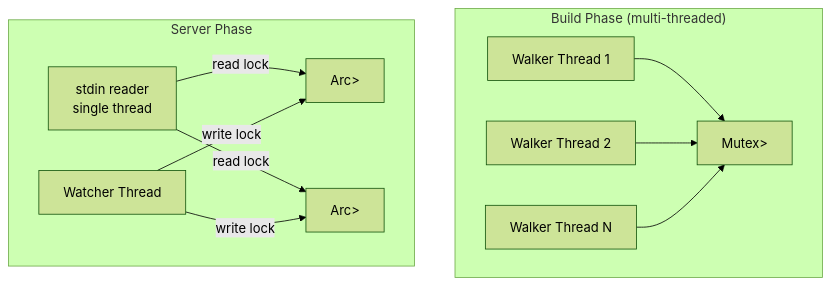
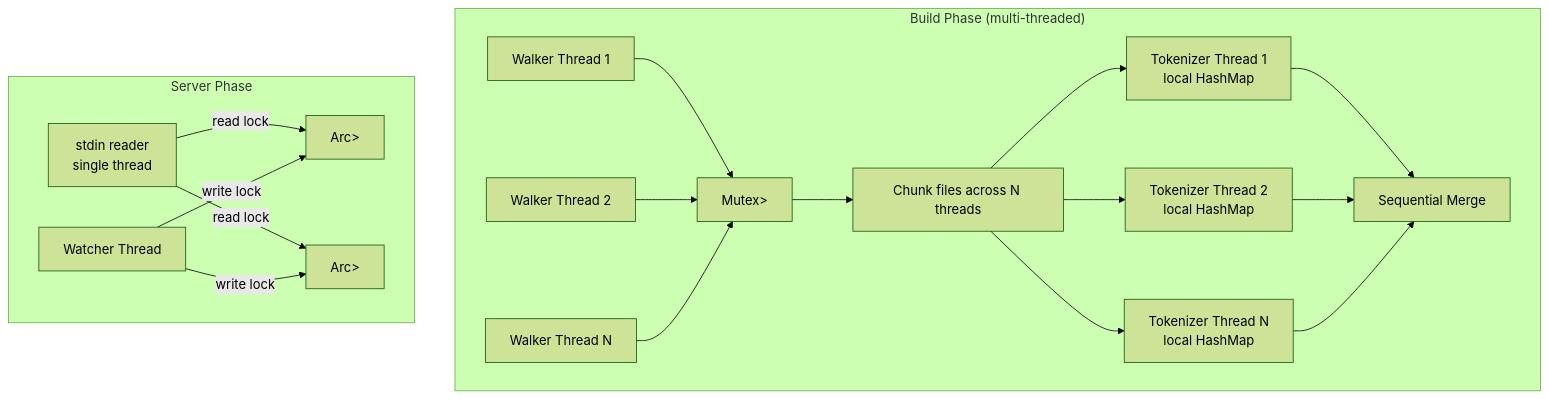
Before and after one commit to pustynsky/search-index: the first of 2 diagrams in docs/concurrency.md, drawn with Mermaid (forest theme). The commit also changed other lines of this file and 7 other files, not shown here.

````diff
--- a/docs/concurrency.md
+++ b/docs/concurrency.md
@@ -13,19 +13,26 @@
 ```mermaid
 graph TB
     subgraph "Build Phase (multi-threaded)"
         W1[Walker Thread 1]
         W2[Walker Thread 2]
         WN[Walker Thread N]
         W1 --> M1["Mutex<Vec<FileEntry>>"]
         W2 --> M1
         WN --> M1
+        M1 --> CHUNK[Chunk files across N threads]
+        CHUNK --> T1[Tokenizer Thread 1<br/>local HashMap]
+        CHUNK --> T2[Tokenizer Thread 2<br/>local HashMap]
+        CHUNK --> TN[Tokenizer Thread N<br/>local HashMap]
+        T1 --> MERGE[Sequential Merge]
+        T2 --> MERGE
+        TN --> MERGE
     end
 
     subgraph "Server Phase"
         STDIN[stdin reader<br/>single thread] -->|read lock| IDX["Arc<RwLock<ContentIndex>>"]
         STDIN -->|read lock| DIDX["Arc<RwLock<DefinitionIndex>>"]
 
         WT[Watcher Thread] -->|write lock| IDX
         WT -->|write lock| DIDX
     end
 ```
````
